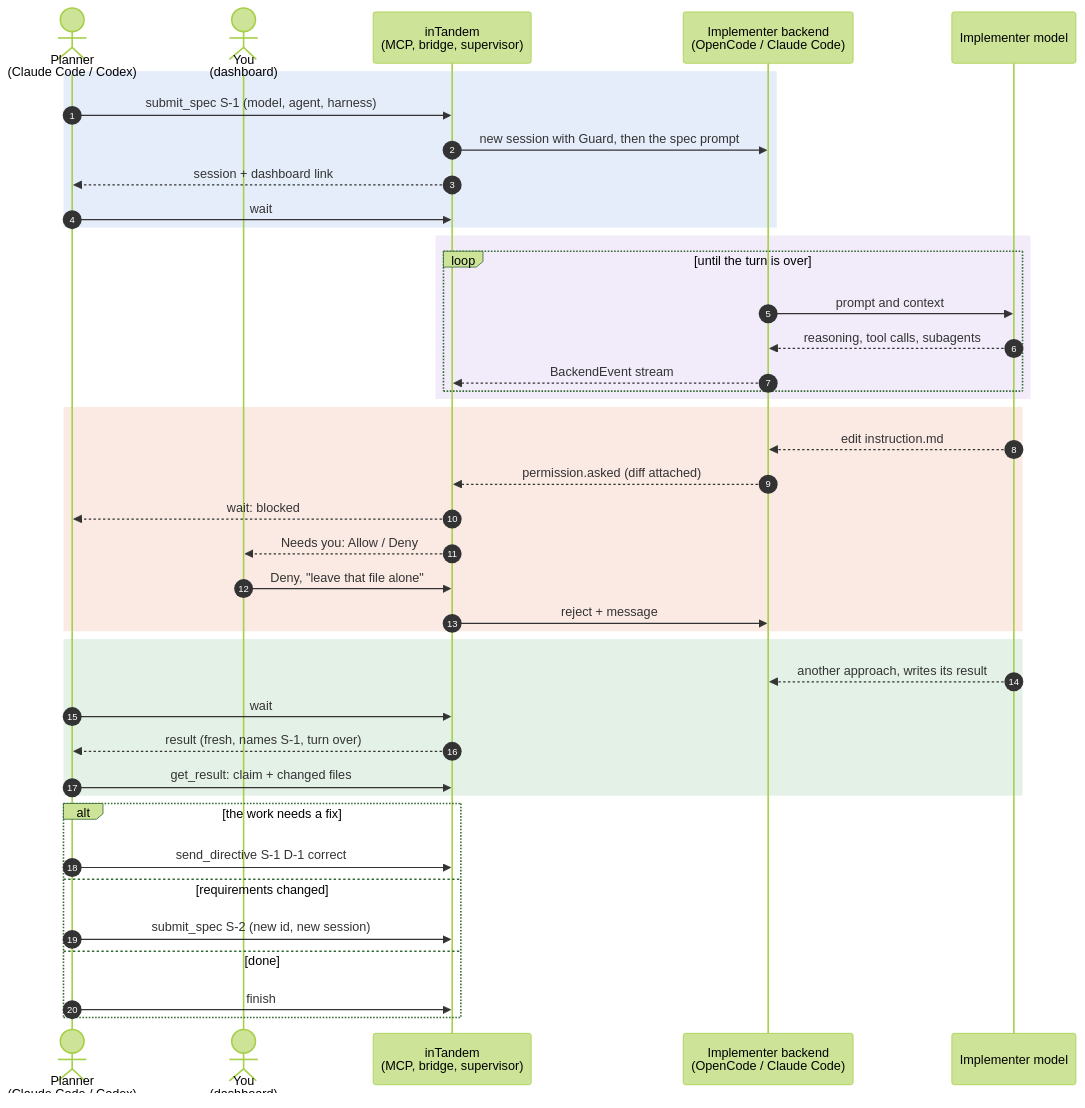
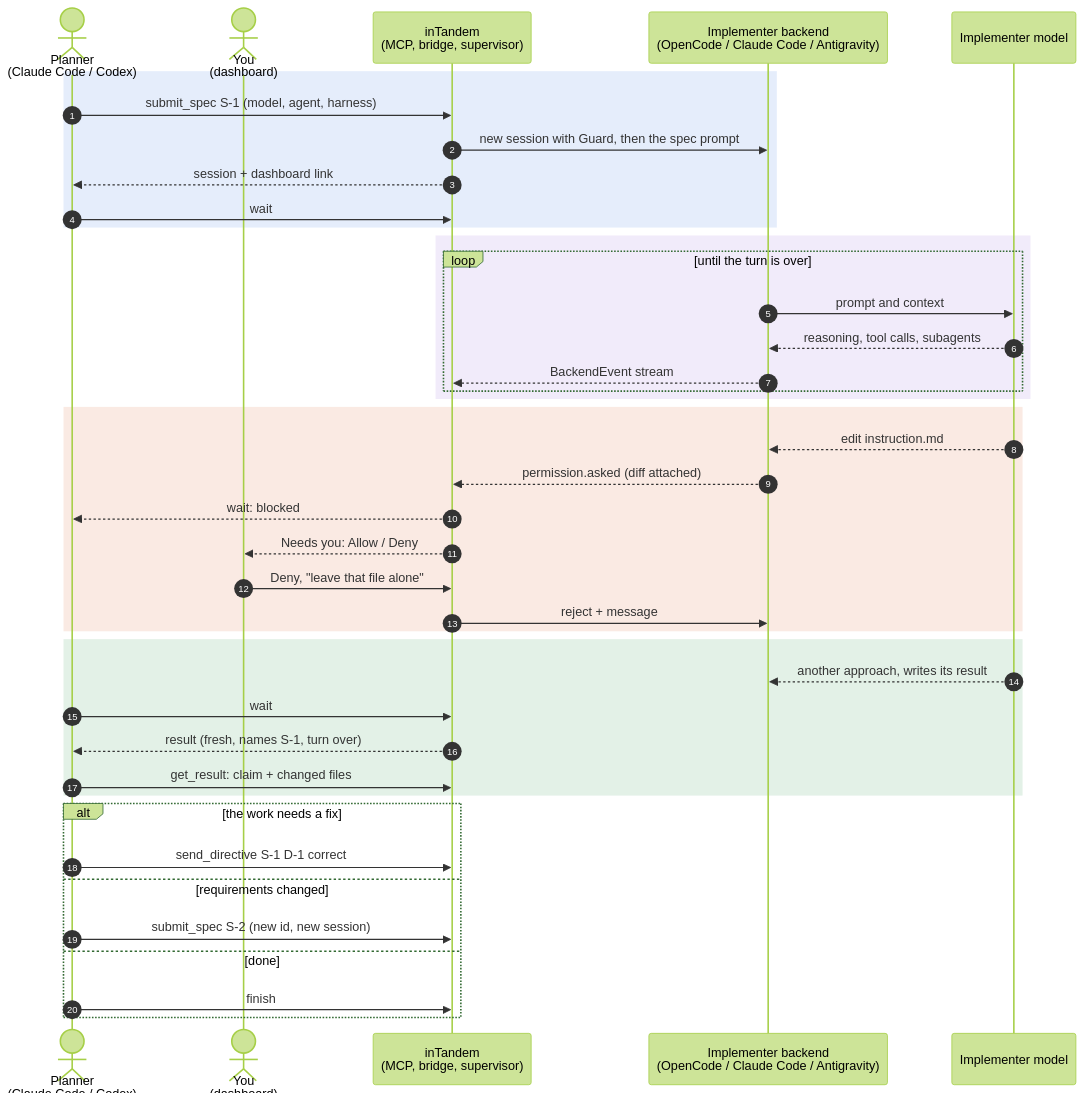
One commit to mumoj/inTandem changed the diagram in docs/architecture.md. Above: the diagram before and after it, drawn with Mermaid (forest theme). The commit also changed other lines of this file and 16 other files, not shown here.

Commit message:
feat(antigravity): add Antigravity CLI implementer backend over ACP

````diff
--- a/docs/architecture.md
+++ b/docs/architecture.md
@@ -17,48 +17,48 @@
 ```mermaid
 sequenceDiagram
     autonumber
     actor P as Planner<br/>(Claude Code / Codex)
     actor H as You<br/>(dashboard)
     participant T as inTandem<br/>(MCP, bridge, supervisor)
-    participant B as Implementer backend<br/>(OpenCode / Claude Code)
+    participant B as Implementer backend<br/>(OpenCode / Claude Code / Antigravity)
     participant M as Implementer model
 
     rect rgba(47, 111, 219, 0.12)
     P->>T: submit_spec S-1 (model, agent, harness)
     T->>B: new session with Guard, then the spec prompt
     T-->>P: session + dashboard link
     P->>T: wait
     end
 
     rect rgba(138, 92, 214, 0.12)
     loop until the turn is over
         B->>M: prompt and context
         M-->>B: reasoning, tool calls, subagents
         B-->>T: BackendEvent stream
     end
     end
 
     rect rgba(209, 80, 31, 0.12)
     M-->>B: edit instruction.md
     B-->>T: permission.asked (diff attached)
     T-->>P: wait: blocked
     T-->>H: Needs you: Allow / Deny
     H->>T: Deny, "leave that file alone"
     T->>B: reject + message
     end
 
     rect rgba(31, 138, 59, 0.12)
     M-->>B: another approach, writes its result
     P->>T: wait
     T-->>P: result (fresh, names S-1, turn over)
     P->>T: get_result: claim + changed files
     end
 
     alt the work needs a fix
         P->>T: send_directive S-1 D-1 correct
     else requirements changed
         P->>T: submit_spec S-2 (new id, new session)
     else done
         P->>T: finish
     end
 ```
````
